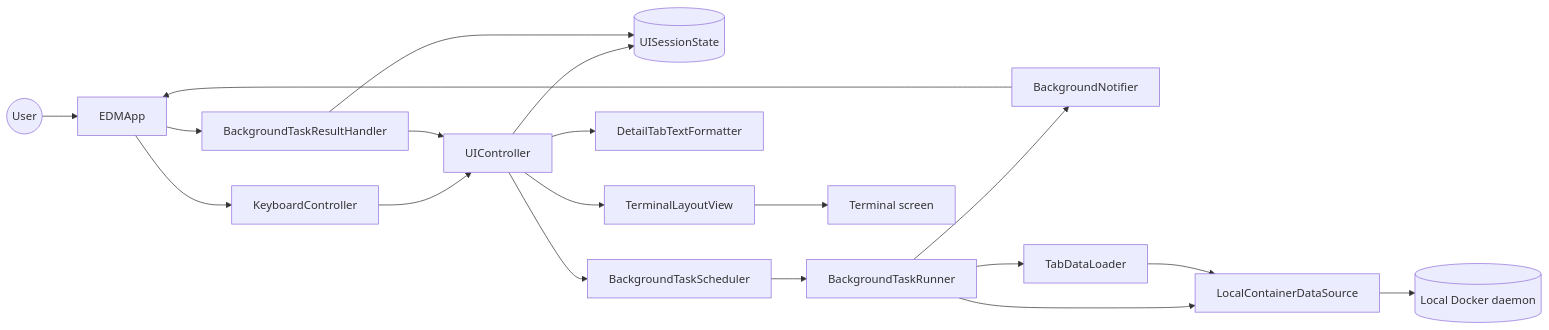
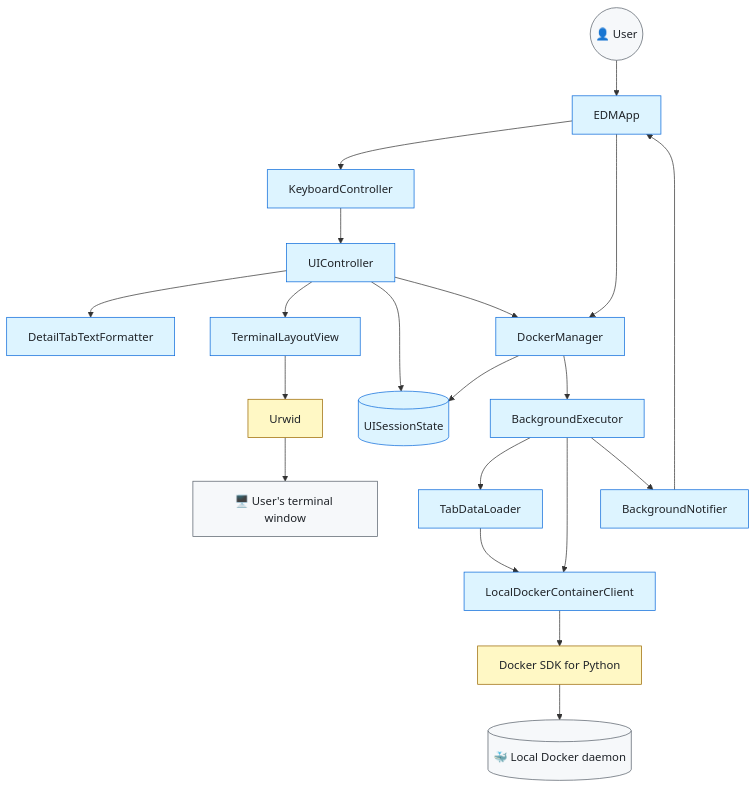
One commit to arabnejad/edm changed the first of 5 diagrams in DEVELOPMENT_GUIDE.md. Above: the diagram before and after it, drawn with Mermaid. The commit also changed other lines of this file and 45 other files, not shown here.

First line of the commit message:
Refactor and simplify architecture (#45)

````diff
--- a/DEVELOPMENT_GUIDE.md
+++ b/DEVELOPMENT_GUIDE.md
@@ -64,37 +77,43 @@
 ```mermaid
-flowchart LR
-    User((User))
+flowchart TD
+    User(("👤 User"))
     App[EDMApp]
     Keyboard[KeyboardController]
     UI[UIController]
     State[(UISessionState)]
-    Scheduler[BackgroundTaskScheduler]
-    Runner[BackgroundTaskRunner]
+    DockerManager[DockerManager]
+    Executor[BackgroundExecutor]
     Notifier[BackgroundNotifier]
-    Handler[BackgroundTaskResultHandler]
     Loader[TabDataLoader]
-    Source[LocalContainerDataSource]
-    Docker[(Local Docker daemon)]
+    Client[LocalDockerContainerClient]
+    DockerSDK[Docker SDK for Python]
+    Docker[(🐳 Local Docker daemon)]
     Formatter[DetailTabTextFormatter]
     View[TerminalLayoutView]
-    Terminal[Terminal screen]
+    Urwid[Urwid]
+    Terminal[🖥️ User's terminal window]
 
-    User --> App
-    App --> Keyboard
-    Keyboard --> UI
+    User --> App --> Keyboard --> UI
+
+    UI --> Formatter
+    UI --> View --> Urwid --> Terminal
     UI --> State
-    UI --> Scheduler
-    Scheduler --> Runner
-    Runner --> Loader
-    Runner --> Source
-    Loader --> Source
-    Source --> Docker
-    Runner --> Notifier
-    Notifier --> App
-    App --> Handler
-    Handler --> State
-    Handler --> UI
-    UI --> Formatter
-    UI --> View
-    View --> Terminal
+
+    App --> DockerManager
+    UI --> DockerManager
+    DockerManager --> State
+    DockerManager --> Executor
+    Executor --> Loader --> Client
+    Executor --> Client
+    Client --> DockerSDK --> Docker
+
+    Executor --> Notifier --> App
+
+    classDef edm fill:#ddf4ff,stroke:#0969da,color:#1f2328
+    classDef thirdParty fill:#fff8c5,stroke:#9a6700,color:#1f2328
+    classDef external fill:#f6f8fa,stroke:#57606a,color:#1f2328
+
+    class App,Keyboard,UI,State,DockerManager,Executor,Notifier,Loader,Client,Formatter,View edm
+    class DockerSDK,Urwid thirdParty
+    class User,Docker,Terminal external
 ```
````
